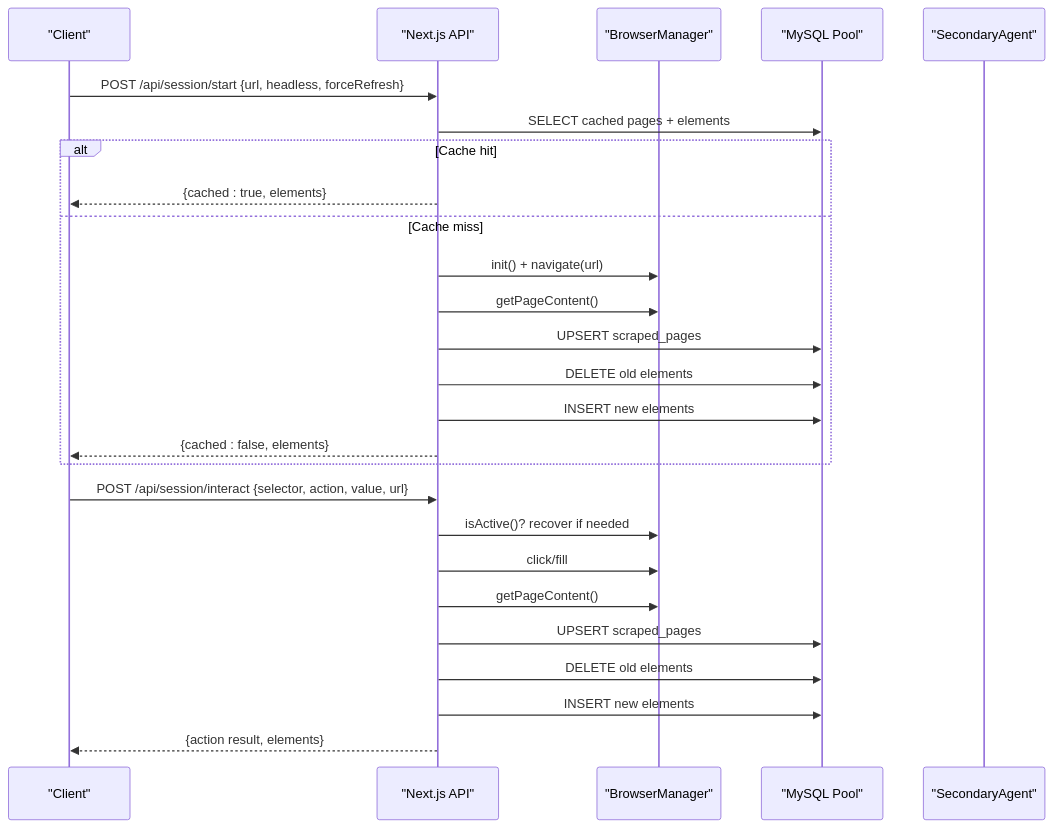
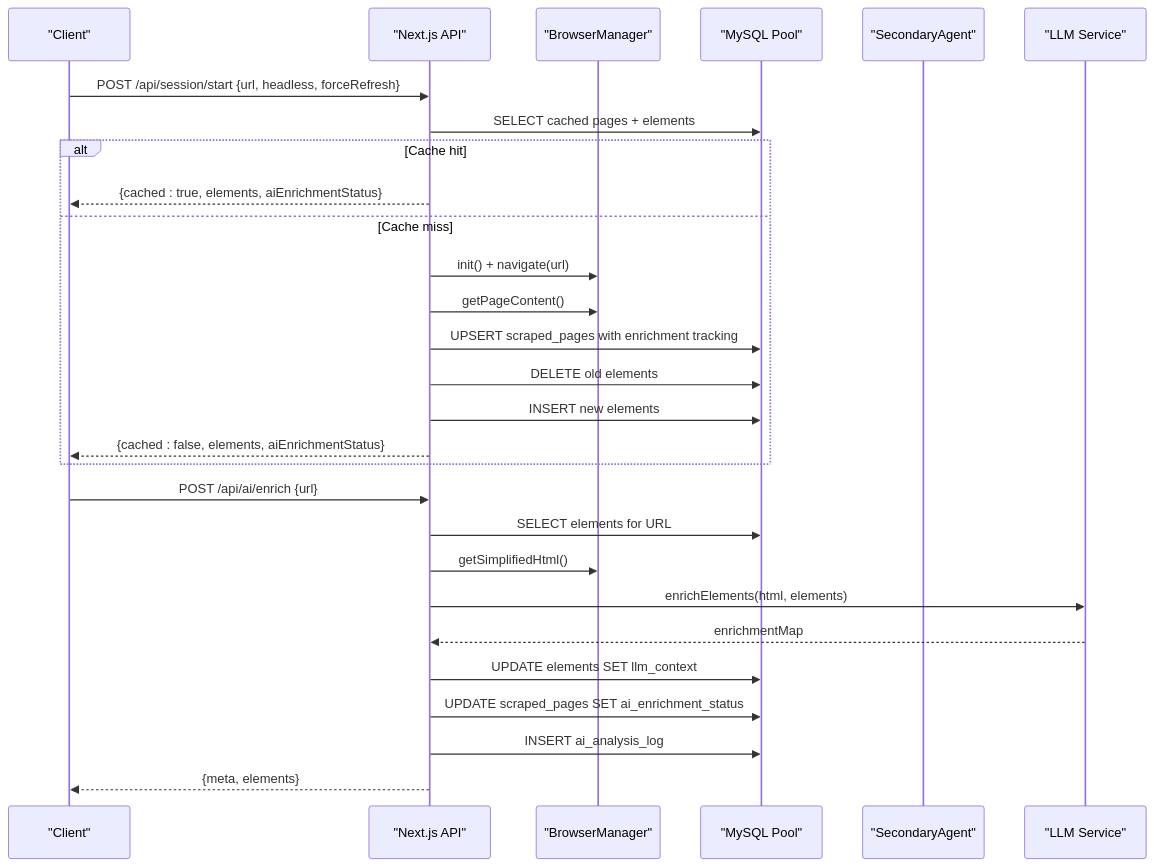
The second of 14 diagrams in .qoder/repowiki/en/content/Extraction Script System/Extraction Script System.md (alikhan37544/InteractGenxSRM-1), drawn with Mermaid before and after one commit. The commit also changed other lines of this file and 6645 other files, not shown here.

````diff
--- a/.qoder/repowiki/en/content/Extraction Script System/Extraction Script System.md
+++ b/.qoder/repowiki/en/content/Extraction Script System/Extraction Script System.md
@@ -134,28 +182,30 @@
 ```mermaid
 sequenceDiagram
 participant Client as "Client"
 participant API as "Next.js API"
 participant BM as "BrowserManager"
 participant DB as "MySQL Pool"
 participant Sec as "SecondaryAgent"
+participant LLM as "LLM Service"
 Client->>API : POST /api/session/start {url, headless, forceRefresh}
 API->>DB : SELECT cached pages + elements
 alt Cache hit
-API-->>Client : {cached : true, elements}
+API-->>Client : {cached : true, elements, aiEnrichmentStatus}
 else Cache miss
 API->>BM : init() + navigate(url)
 API->>BM : getPageContent()
-API->>DB : UPSERT scraped_pages
+API->>DB : UPSERT scraped_pages with enrichment tracking
 API->>DB : DELETE old elements
 API->>DB : INSERT new elements
-API-->>Client : {cached : false, elements}
+API-->>Client : {cached : false, elements, aiEnrichmentStatus}
 end
-Client->>API : POST /api/session/interact {selector, action, value, url}
-API->>BM : isActive()? recover if needed
-API->>BM : click/fill
-API->>BM : getPageContent()
-API->>DB : UPSERT scraped_pages
-API->>DB : DELETE old elements
-API->>DB : INSERT new elements
-API-->>Client : {action result, elements}
+Client->>API : POST /api/ai/enrich {url}
+API->>DB : SELECT elements for URL
+API->>BM : getSimplifiedHtml()
+API->>LLM : enrichElements(html, elements)
+LLM-->>API : enrichmentMap
+API->>DB : UPDATE elements SET llm_context
+API->>DB : UPDATE scraped_pages SET ai_enrichment_status
+API->>DB : INSERT ai_analysis_log
+API-->>Client : {meta, elements}
 ```
````
